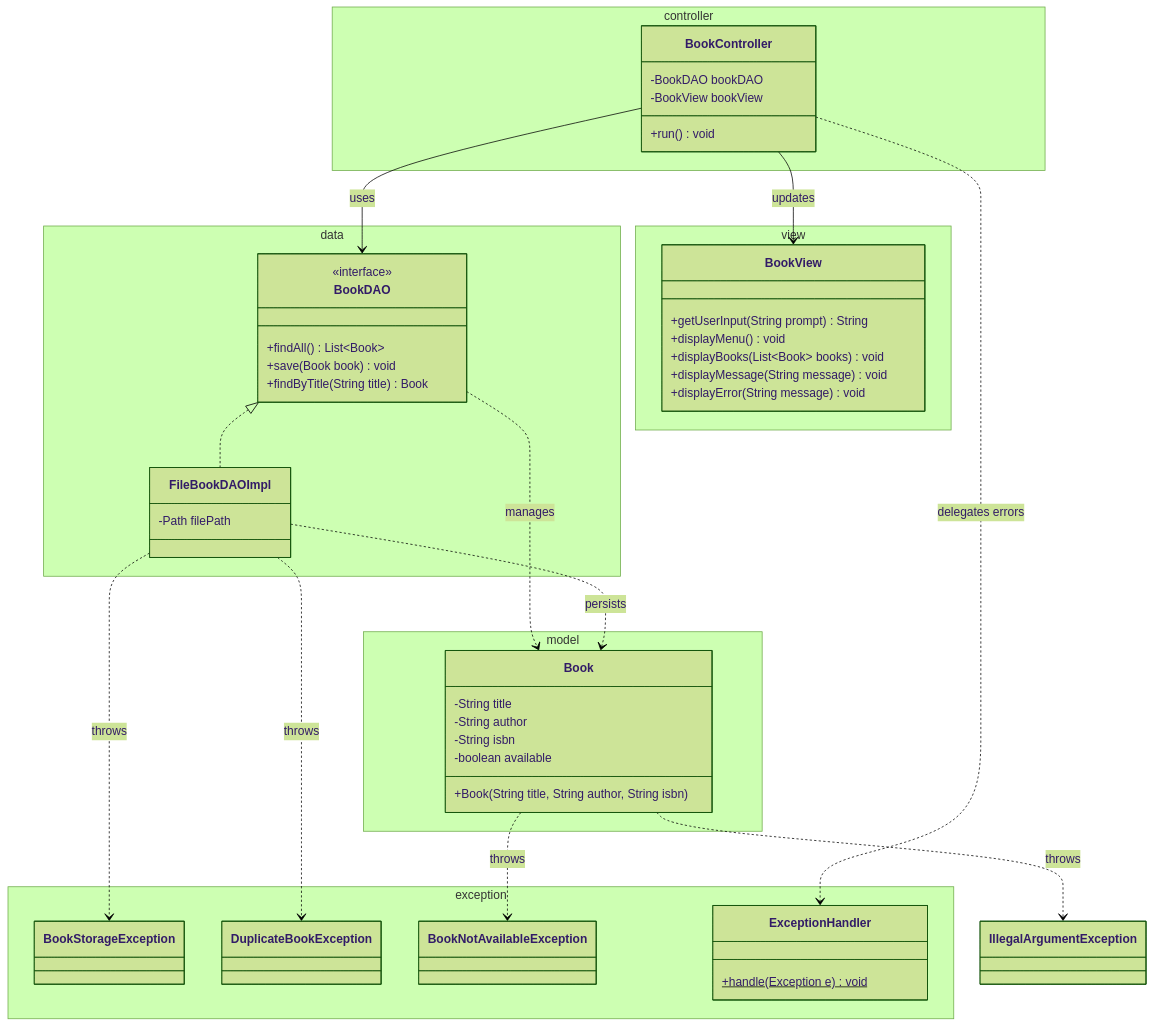
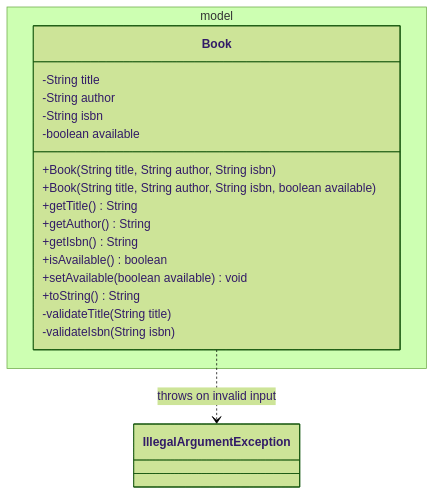
The second of 3 diagrams in Workshop_1_Library_Books.md (ihabau/Lexicon_WS_Exception), drawn with Mermaid (forest theme) before and after one commit. The commit also changed other lines of this file and 1 other file, not shown here.

Commit message:
Docs: step 1 worksheet (Library Books) - model + validation, flowcharts, 12 hints

````diff
--- a/Workshop_1_Library_Books.md
+++ b/Workshop_1_Library_Books.md
@@ -39,64 +70,23 @@
 ```mermaid
 classDiagram
     namespace model {
         class Book {
             -String title
             -String author
             -String isbn
             -boolean available
             +Book(String title, String author, String isbn)
+            +Book(String title, String author, String isbn, boolean available)
+            +getTitle() String
+            +getAuthor() String
+            +getIsbn() String
+            +isAvailable() boolean
+            +setAvailable(boolean available) void
+            +toString() String
+            -validateTitle(String title)
+            -validateIsbn(String isbn)
         }
     }
 
-    namespace data {
-        class BookDAO {
-            <<interface>>
-            +findAll() List~Book~
-            +save(Book book) void
-            +findByTitle(String title) Book
-        }
-        class FileBookDAOImpl {
-            -Path filePath
-        }
-    }
-
-    namespace view {
-        class BookView {
-            +getUserInput(String prompt) String
-            +displayMenu() void
-            +displayBooks(List~Book~ books) void
-            +displayMessage(String message) void
-            +displayError(String message) void
-        }
-    }
-
-    namespace controller {
-        class BookController {
-            -BookDAO bookDAO
-            -BookView bookView
-            +run() void
-        }
-    }
-
-    namespace exception {
-        class BookStorageException { }
-        class DuplicateBookException { }
-        class BookNotAvailableException { }
-        class ExceptionHandler {
-            +handle(Exception e)$ void
-        }
-    }
-
-    BookDAO <|.. FileBookDAOImpl
-    BookController --> BookDAO : uses
-    BookController --> BookView : updates
-    BookController ..> ExceptionHandler : delegates errors
-
-    BookDAO ..> Book : manages
-    FileBookDAOImpl ..> Book : persists
-
-    Book ..> IllegalArgumentException : throws
-    FileBookDAOImpl ..> BookStorageException : throws
-    FileBookDAOImpl ..> DuplicateBookException : throws
-    Book ..> BookNotAvailableException : throws
+    Book ..> IllegalArgumentException : throws on invalid input
 ```
````
